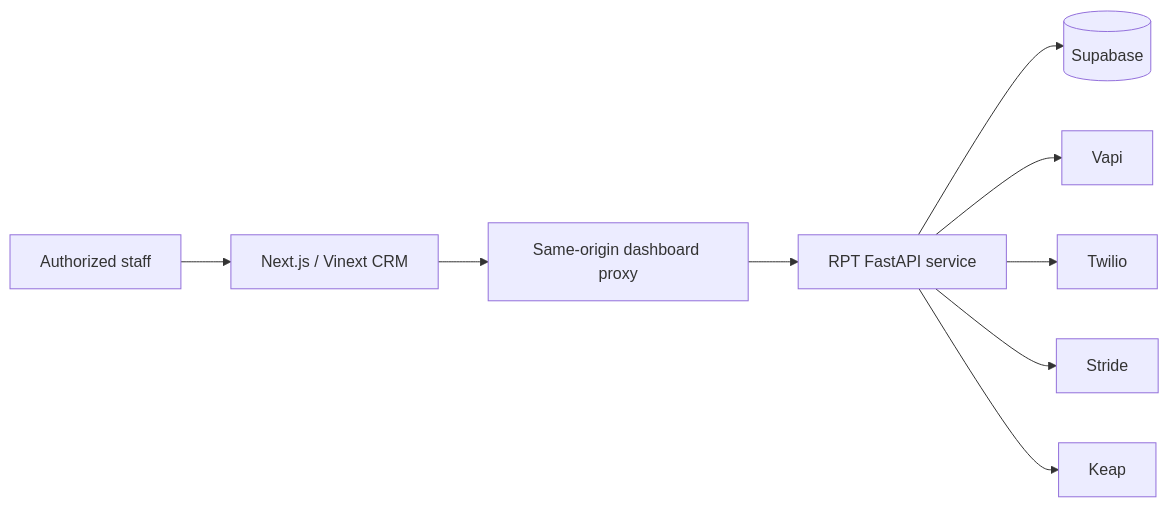
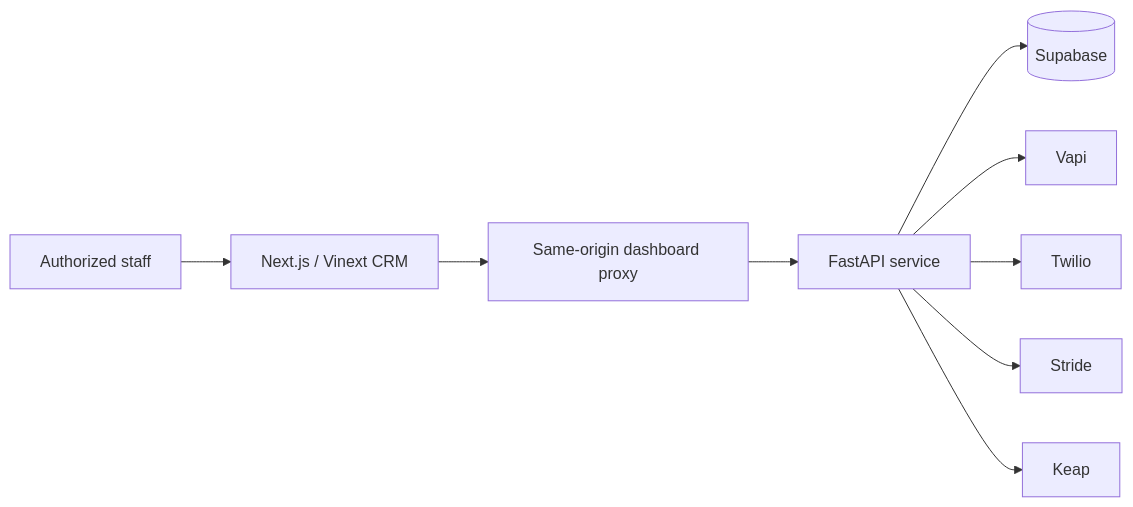
The diagram in README.md (SmallMovingParticle/rpt_frontend), drawn with Mermaid before and after one commit. The commit also changed other lines of this file and 4 other files, not shown here.

````diff
--- a/README.md
+++ b/README.md
@@ -42,11 +29,11 @@
 ```mermaid
 flowchart LR
     Staff[Authorized staff] --> UI[Next.js / Vinext CRM]
     UI --> Proxy[Same-origin dashboard proxy]
-    Proxy --> API[RPT FastAPI service]
+    Proxy --> API[FastAPI service]
     API --> DB[(Supabase)]
     API --> Vapi[Vapi]
     API --> Twilio[Twilio]
     API --> Stride[Stride]
     API --> Keap[Keap]
 ```
````
